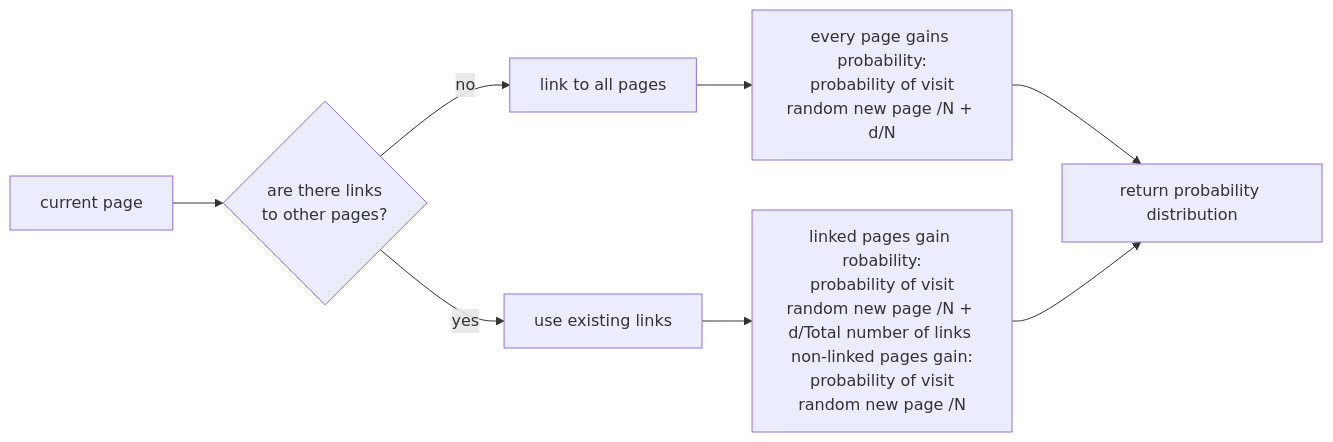
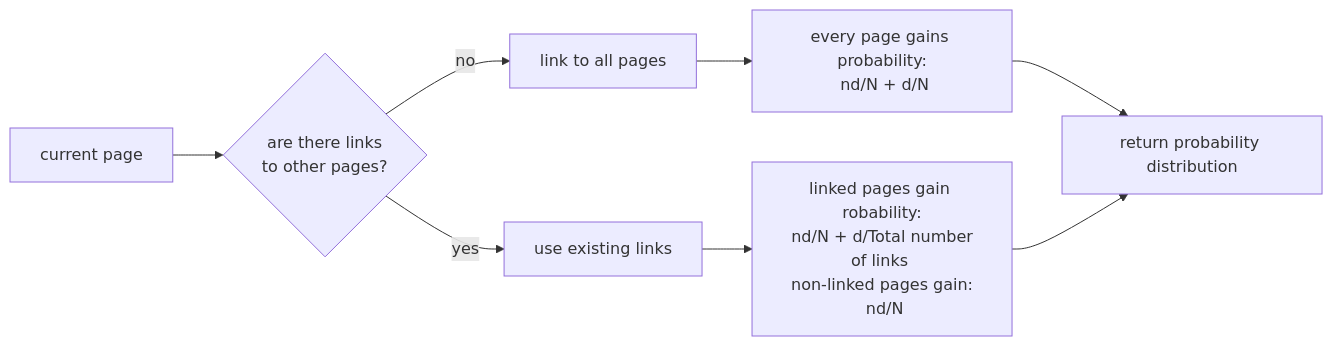
The third of 6 diagrams in week2/README.md (zihanshen0112-collab/CS50AI), drawn with Mermaid before and after one commit. The commit also changed other lines of this file, not shown here.

````diff
--- a/week2/README.md
+++ b/week2/README.md
@@ -137,12 +140,12 @@
 ```mermaid
 flowchart LR
     A[current page] --> B{are there links<br>to other pages?}
     B -->|no| C[link to all pages]
     B -->|yes| D[use existing links]
 
-    C --> E[every page gains probability:<br> probability of visit random new page /N + d/N]
-    D --> F[linked pages gain robability:<br> probability of visit random new page /N + d/Total number of links <br>non-linked pages gain:<br> probability of visit random new page /N]
+    C --> E[every page gains probability:<br> nd/N + d/N]
+    D --> F[linked pages gain robability:<br> nd/N + d/Total number of links <br>non-linked pages gain:<br> nd/N]
 
     E --> G[return probability distribution]
     F --> G
 ```
````
